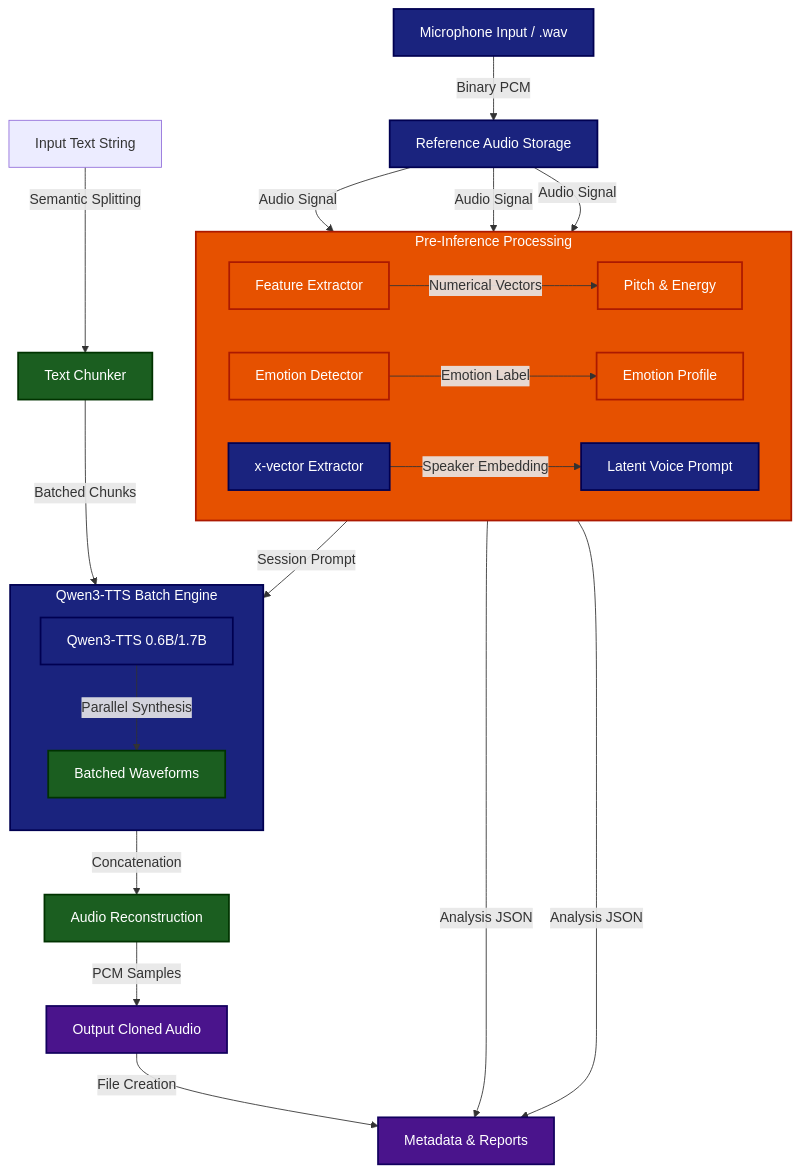
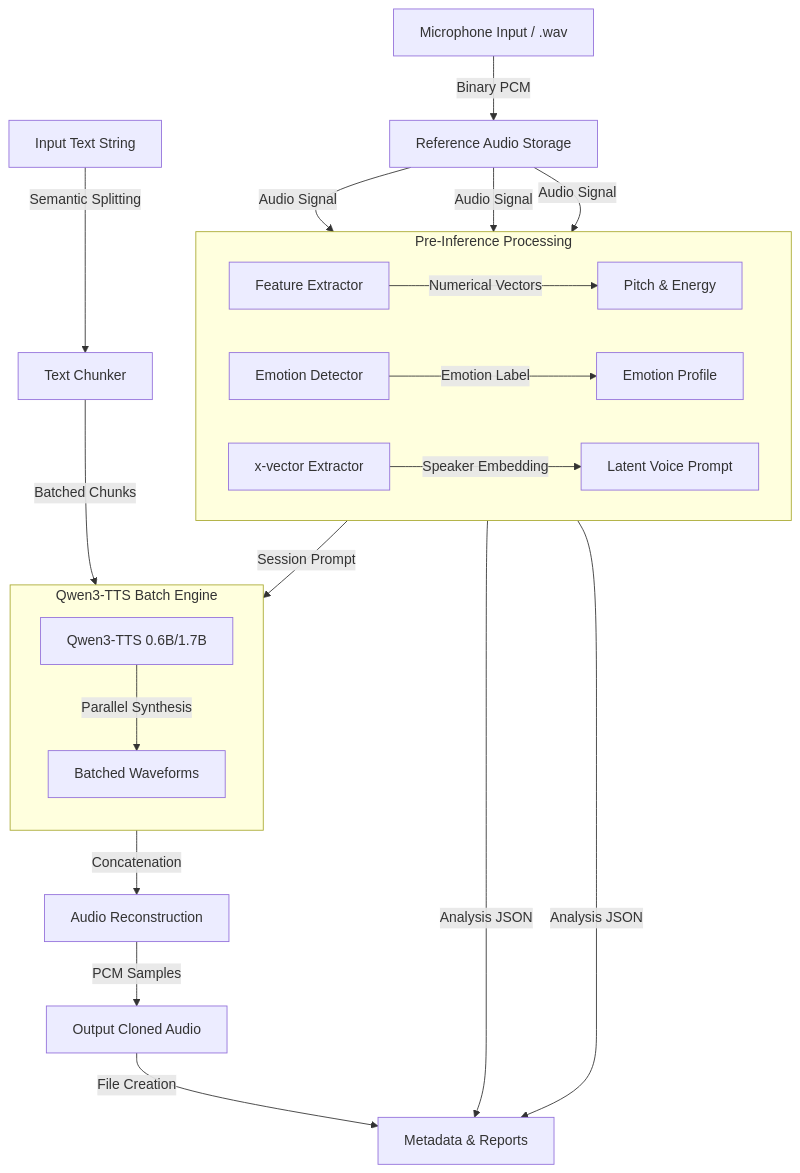
Before and after one commit to Praveen-1307/-Personalized-Speech-Learning-using-TTS: the diagram in docs/DIAGRAM.md, drawn with Mermaid. The commit also changed 1 other file, not shown here.

Commit message:
Final commit

````diff
--- a/docs/DIAGRAM.md
+++ b/docs/DIAGRAM.md
@@ -5,48 +5,37 @@
 ```mermaid
 graph TD
     %% Input Stage
     Input[Microphone Input / .wav] -->|Binary PCM| Rec[Reference Audio Storage]
     
     %% Analysis & Prompt Stage
     subgraph PreProcessing [Pre-Inference Processing]
         direction LR
         FE[Feature Extractor] -->|Numerical Vectors| Pitch[Pitch & Energy]
         ED[Emotion Detector] -->|Emotion Label| Emotion[Emotion Profile]
         Prompt[x-vector Extractor] -->|Speaker Embedding| Embedding[Latent Voice Prompt]
     end
     
     Rec -->|Audio Signal| FE
     Rec -->|Audio Signal| ED
     Rec -->|Audio Signal| Prompt
 
     %% Batching Logic
     Text[Input Text String] -->|Semantic Splitting| Chunker[Text Chunker]
     Chunker -->|Batched Chunks| Engine
 
     %% Model Integration Stage
     subgraph Engine [Qwen3-TTS Batch Engine]
         direction TB
         Base[Qwen3-TTS 0.6B/1.7B]
         Embedding -->|Session Prompt| Base
         Base -->|Parallel Synthesis| BatchOut[Batched Waveforms]
     end
     
     %% Synthesis Stage
     BatchOut -->|Concatenation| Reconstruction[Audio Reconstruction]
     Reconstruction -->|PCM Samples| WAV[Output Cloned Audio]
     
     %% Output Metadata
     WAV -->|File Creation| Meta[Metadata & Reports]
     Pitch & Emotion -->|Analysis JSON| Meta
-
-    %% Styling with High Contrast (Dark backgrounds with white text)
-    classDef mainNode fill:#1a237e,stroke:#000051,color:#ffffff,stroke-width:2px;
-    classDef analysisNode fill:#e65100,stroke:#ac1900,color:#ffffff,stroke-width:2px;
-    classDef modelNode fill:#1b5e20,stroke:#003300,color:#ffffff,stroke-width:2px;
-    classDef outputNode fill:#4a148c,stroke:#12005e,color:#ffffff,stroke-width:2px;
-    
-    class Engine,Base,Prompt,Embedding,QTTS,Clone,Input,Rec mainNode;
-    class FE,ED,Pitch,Emotion,PreProcessing,Analysis,Profile analysisNode;
-    class Chunker,BatchOut,Reconstruction,Adapter,Sync modelNode;
-    class WAV,Meta,JsonOut,WavOut,ReportOut,Val outputNode;
 ```
````
